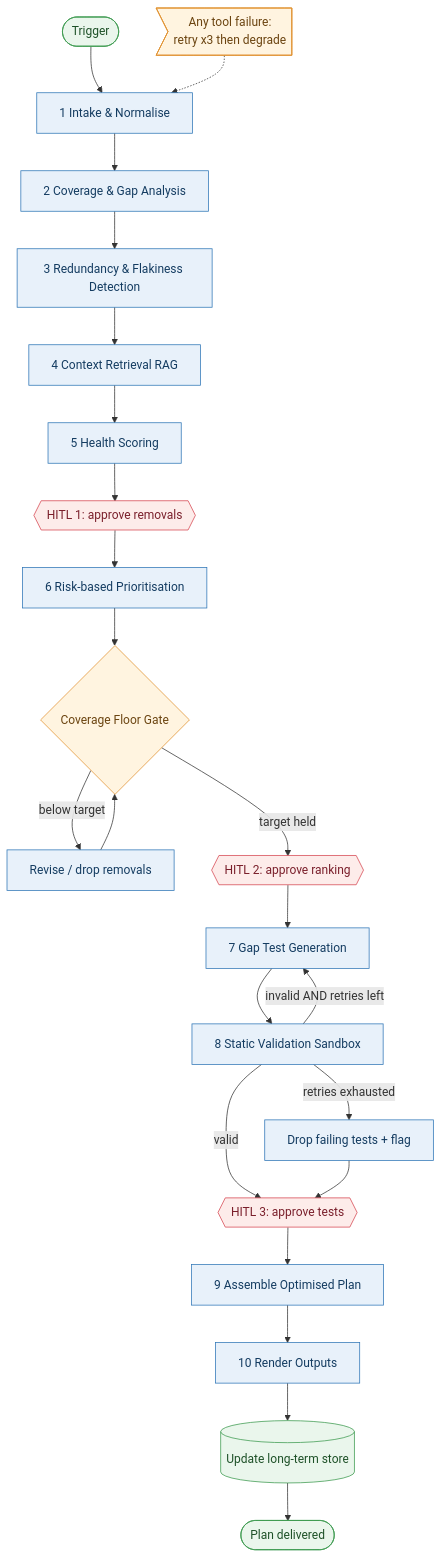
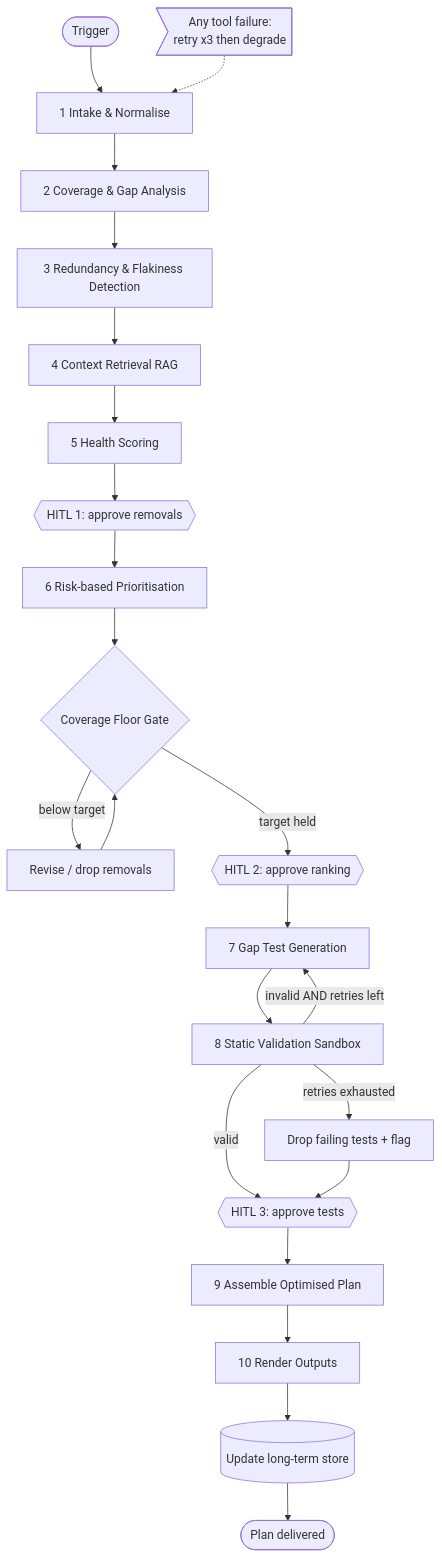
One commit to arundhaticts/test-optimiser-agent changed the diagram in AGENT_SPEC.md. Above: the diagram before and after it, drawn with Mermaid. The commit also changed other lines of this file and 12 other files, not shown here.

````diff
--- a/AGENT_SPEC.md
+++ b/AGENT_SPEC.md
@@ -55,35 +136,26 @@
 ```mermaid
 flowchart TD
     START([Trigger]) --> INTAKE[1 Intake & Normalise]
     INTAKE --> COVERAGE[2 Coverage & Gap Analysis]
     COVERAGE --> REDUNDANCY[3 Redundancy & Flakiness Detection]
     REDUNDANCY --> RETRIEVE[4 Context Retrieval RAG]
     RETRIEVE --> SCORE[5 Health Scoring]
     SCORE --> HIL1{{HITL 1: approve removals}}
     HIL1 --> PRIORITISE[6 Risk-based Prioritisation]
     PRIORITISE --> FLOOR{Coverage Floor Gate}
     FLOOR -->|below target| REVISE[Revise / drop removals]
     REVISE --> FLOOR
     FLOOR -->|target held| HIL2{{HITL 2: approve ranking}}
     HIL2 --> GAPGEN[7 Gap Test Generation]
     GAPGEN --> VALIDATE[8 Static Validation Sandbox]
     VALIDATE -->|invalid AND retries left| GAPGEN
     VALIDATE -->|retries exhausted| DROPGEN[Drop failing tests + flag]
     VALIDATE -->|valid| HIL3{{HITL 3: approve tests}}
     DROPGEN --> HIL3
     HIL3 --> ASSEMBLE[9 Assemble Optimised Plan]
     ASSEMBLE --> REPORT[10 Render Outputs]
     REPORT --> MEMORY[(Update long-term store)]
     MEMORY --> END([Plan delivered])
 
     ERR>Any tool failure:<br/>retry x3 then degrade] -.-> INTAKE
-
-    classDef hil fill:#FDECEA,stroke:#D64550,color:#7A1F2B;
-    classDef node fill:#E8F1FA,stroke:#2E75B6,color:#143C61;
-    classDef io fill:#EAF6EC,stroke:#3C9A4E,color:#1E5128;
-    classDef gate fill:#FFF4E0,stroke:#E0922F,color:#6B4410;
-    class HIL1,HIL2,HIL3 hil;
-    class INTAKE,COVERAGE,REDUNDANCY,RETRIEVE,SCORE,PRIORITISE,GAPGEN,VALIDATE,ASSEMBLE,REPORT,REVISE,DROPGEN node;
-    class START,END,MEMORY io;
-    class FLOOR,ERR gate;
 ```
````
